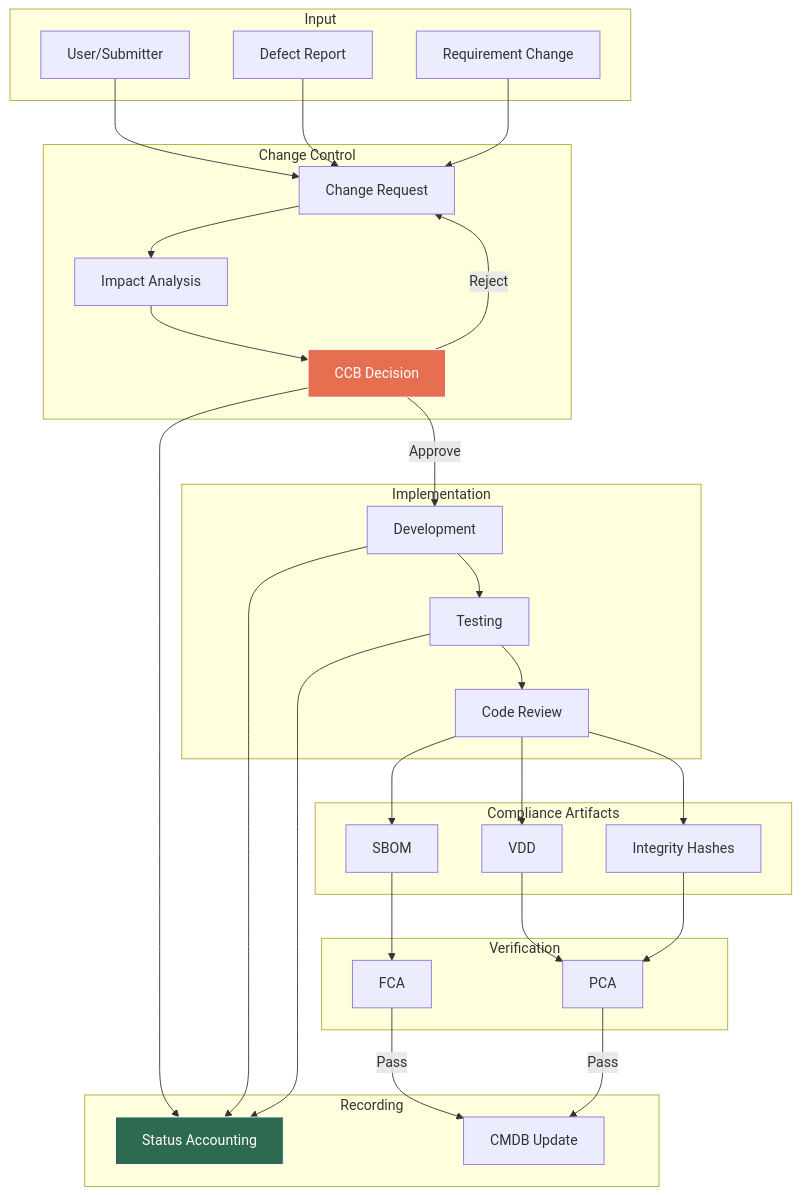
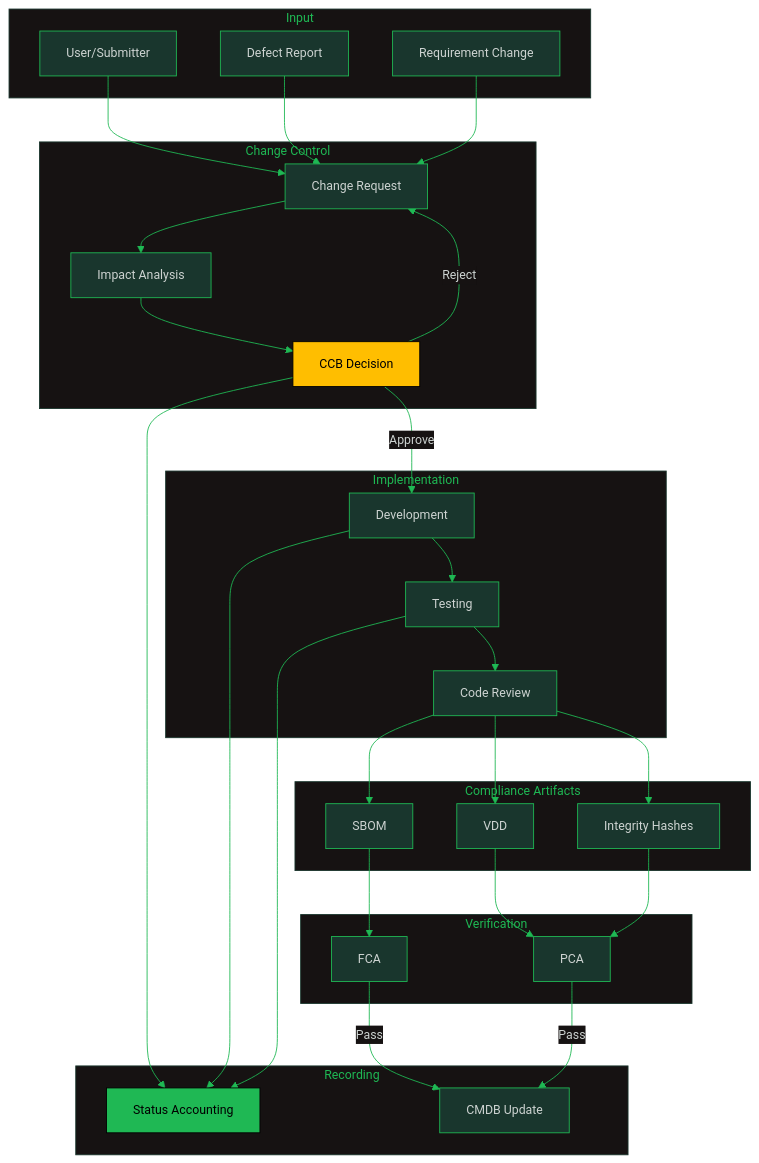
Before and after one commit to oat431/swe-knowledge: the sixth of 6 diagrams in software-engineering-note/08_Software_Configuration_Management/09_Change_Control_and_Compliance.md, drawn with Mermaid. The commit also changed other lines of this file and 13 other files, not shown here.

````diff
--- a/software-engineering-note/08_Software_Configuration_Management/09_Change_Control_and_Compliance.md
+++ b/software-engineering-note/08_Software_Configuration_Management/09_Change_Control_and_Compliance.md
@@ -480,60 +485,61 @@
 ```mermaid
+%%{init: {'theme':'base','themeVariables':{'primaryColor':'#19362D','primaryTextColor':'#CDD3D1','primaryBorderColor':'#1FB854','lineColor':'#1FB854','secondaryColor':'#161212','tertiaryColor':'#1B1717','background':'#1B1717','mainBkg':'#19362D','nodeBorder':'#1FB854','clusterBkg':'#161212','clusterBorder':'#19362D','titleColor':'#1FB854','edgeLabelBackground':'#161212','fontSize':'14px'}}}%%
 graph TB
     subgraph "Input"
         USER["User/Submitter"]
         DEFECT["Defect Report"]
         REQ["Requirement Change"]
     end
 
     subgraph "Change Control"
         CR["Change Request"]
         IMPACT["Impact Analysis"]
         CCB["CCB Decision"]
     end
 
     subgraph "Implementation"
         DEV["Development"]
         TEST["Testing"]
         REVIEW["Code Review"]
     end
 
     subgraph "Compliance Artifacts"
         SBOM["SBOM"]
         VDD["VDD"]
         HASH["Integrity Hashes"]
     end
 
     subgraph "Verification"
         FCA["FCA"]
         PCA["PCA"]
     end
 
     subgraph "Recording"
         CSA["Status Accounting"]
         CMDB["CMDB Update"]
     end
 
     USER --> CR
     DEFECT --> CR
     REQ --> CR
     CR --> IMPACT
     IMPACT --> CCB
     CCB -->|Approve| DEV
     CCB -->|Reject| CR
     DEV --> TEST
     TEST --> REVIEW
     REVIEW --> SBOM
     REVIEW --> VDD
     REVIEW --> HASH
     SBOM --> FCA
     VDD --> PCA
     HASH --> PCA
     FCA -->|Pass| CMDB
     PCA -->|Pass| CMDB
     CCB --> CSA
     DEV --> CSA
     TEST --> CSA
 
-    style CCB fill:#e76f51,stroke:#fff,color:#fff
-    style CSA fill:#2d6a4f,stroke:#fff,color:#fff
+    style CCB fill:#FFBE00,stroke:#000000,color:#000000
+    style CSA fill:#1FB854,stroke:#000000,color:#000000
 ```
````
